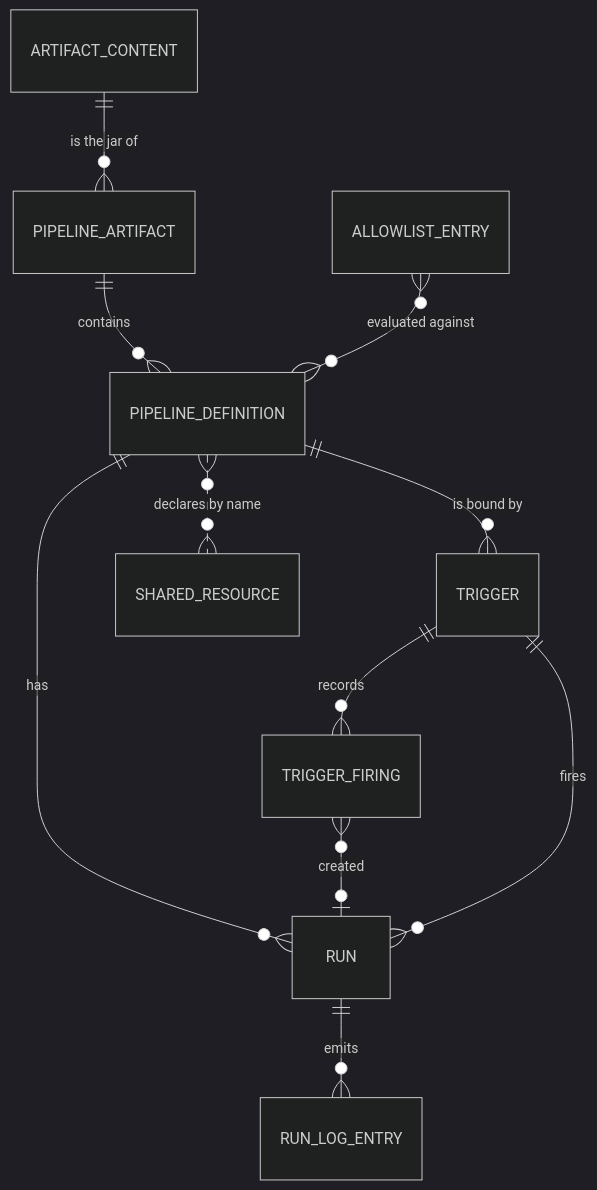
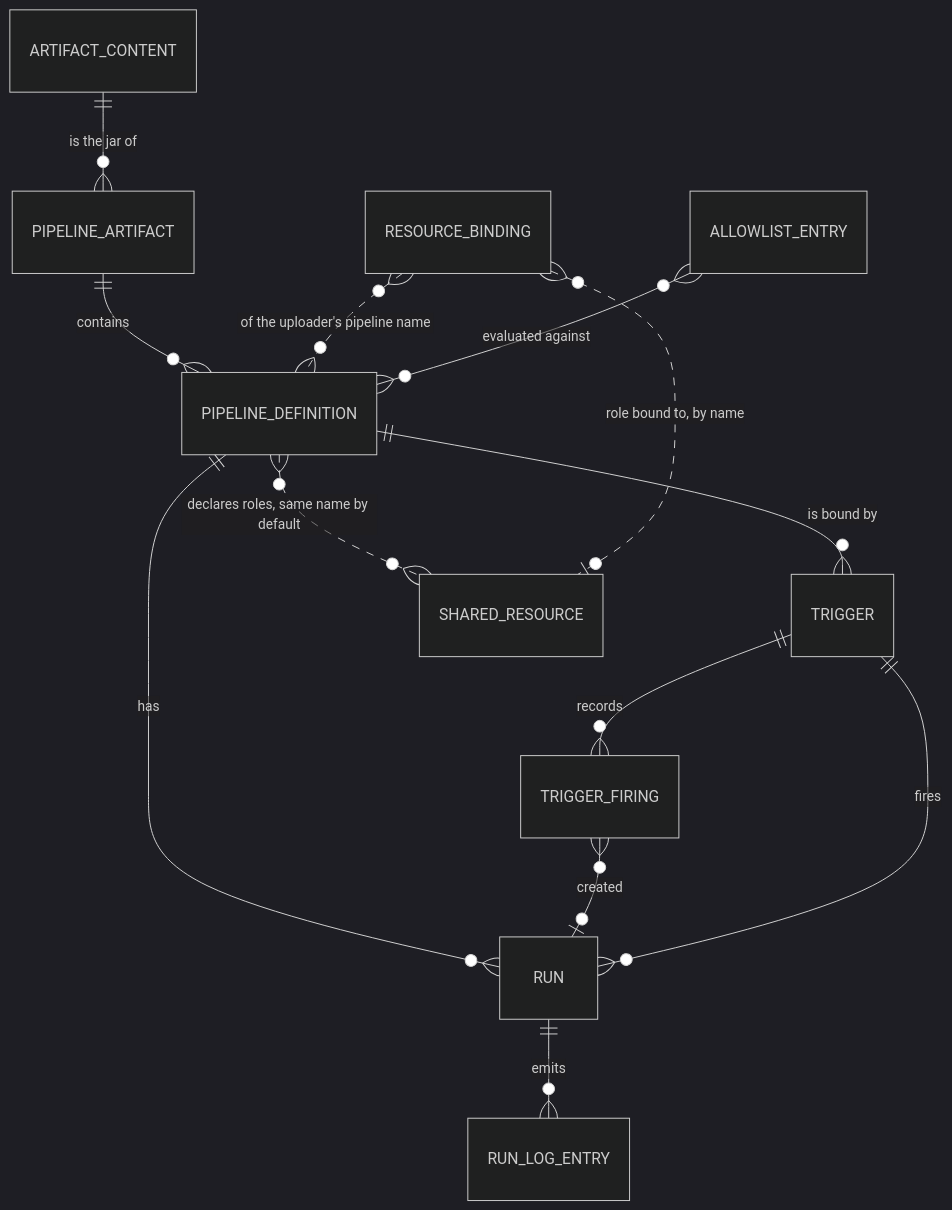
Before and after one commit to lanyitin/runline: the diagram in docs/stable/pipeline-engine/06-data-model.md, drawn with Mermaid (dark theme). The commit also changed other lines of this file and 18 other files, not shown here.

Commit message:
docs: resource roles and their bindings, SQLite for jdbc-pool and the browser deployment written into the current descriptions of the API, IPC, data model, deployment and the development environment; the draft of the resource type catalog, approved, is gone

````diff
--- a/docs/stable/pipeline-engine/06-data-model.md
+++ b/docs/stable/pipeline-engine/06-data-model.md
@@ -7,13 +7,15 @@
 ```mermaid
 erDiagram
   ARTIFACT_CONTENT ||--o{ PIPELINE_ARTIFACT : "is the jar of"
   PIPELINE_ARTIFACT ||--o{ PIPELINE_DEFINITION : contains
   PIPELINE_DEFINITION ||--o{ TRIGGER : "is bound by"
   PIPELINE_DEFINITION ||--o{ RUN : "has"
-  PIPELINE_DEFINITION }o..o{ SHARED_RESOURCE : "declares by name"
+  PIPELINE_DEFINITION }o..o{ SHARED_RESOURCE : "declares roles, same name by default"
+  RESOURCE_BINDING }o..o| SHARED_RESOURCE : "role bound to, by name"
+  RESOURCE_BINDING }o..o{ PIPELINE_DEFINITION : "of the uploader's pipeline name"
   TRIGGER ||--o{ TRIGGER_FIRING : "records"
   TRIGGER_FIRING }o--o| RUN : "created"
   TRIGGER ||--o{ RUN : "fires"
   RUN ||--o{ RUN_LOG_ENTRY : "emits"
   ALLOWLIST_ENTRY }o--o{ PIPELINE_DEFINITION : "evaluated against"
 ```
````
